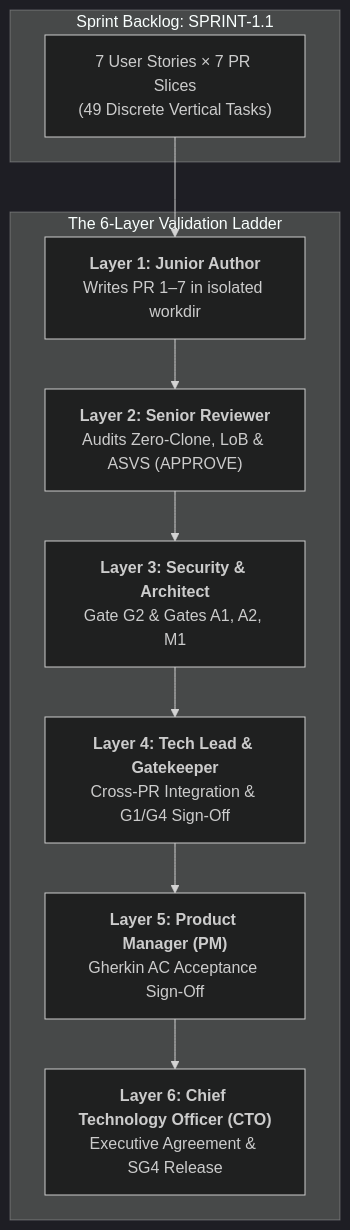
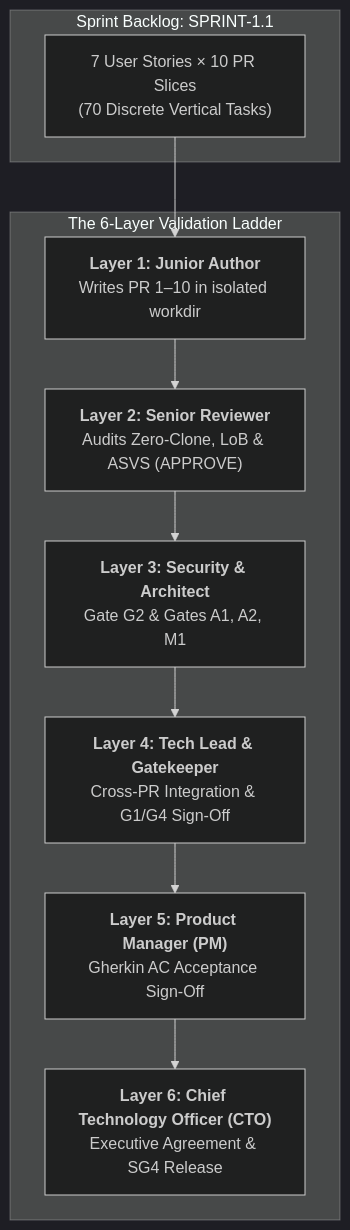
One commit to maheraladdin/some-commerce changed the second of 2 diagrams in docs/sprints/sprint-1.1.md. Above: the diagram before and after it, drawn with Mermaid (dark theme). The commit also changed other lines of this file and 11 other files, not shown here.

Commit message:
docs(sprints): expand multi-agent implementation plans from 7 to 10 PRs aligned with 10-pillar architecture

````diff
--- a/docs/sprints/sprint-1.1.md
+++ b/docs/sprints/sprint-1.1.md
@@ -84,17 +84,17 @@
 ```mermaid
 flowchart TD
     subgraph "Sprint Backlog: SPRINT-1.1"
-        STORIES["7 User Stories × 7 PR Slices<br/>(49 Discrete Vertical Tasks)"]
+        STORIES["7 User Stories × 10 PR Slices<br/>(70 Discrete Vertical Tasks)"]
     end
 
     subgraph "The 6-Layer Validation Ladder"
-        L1["<b>Layer 1: Junior Author</b><br/>Writes PR 1–7 in isolated workdir"]
+        L1["<b>Layer 1: Junior Author</b><br/>Writes PR 1–10 in isolated workdir"]
         --> L2["<b>Layer 2: Senior Reviewer</b><br/>Audits Zero-Clone, LoB & ASVS (APPROVE)"]
         --> L3["<b>Layer 3: Security & Architect</b><br/>Gate G2 & Gates A1, A2, M1"]
         --> L4["<b>Layer 4: Tech Lead & Gatekeeper</b><br/>Cross-PR Integration & G1/G4 Sign-Off"]
         --> L5["<b>Layer 5: Product Manager (PM)</b><br/>Gherkin AC Acceptance Sign-Off"]
         --> L6["<b>Layer 6: Chief Technology Officer (CTO)</b><br/>Executive Agreement & SG4 Release"]
     end
 
     STORIES --> L1
 ```
````
